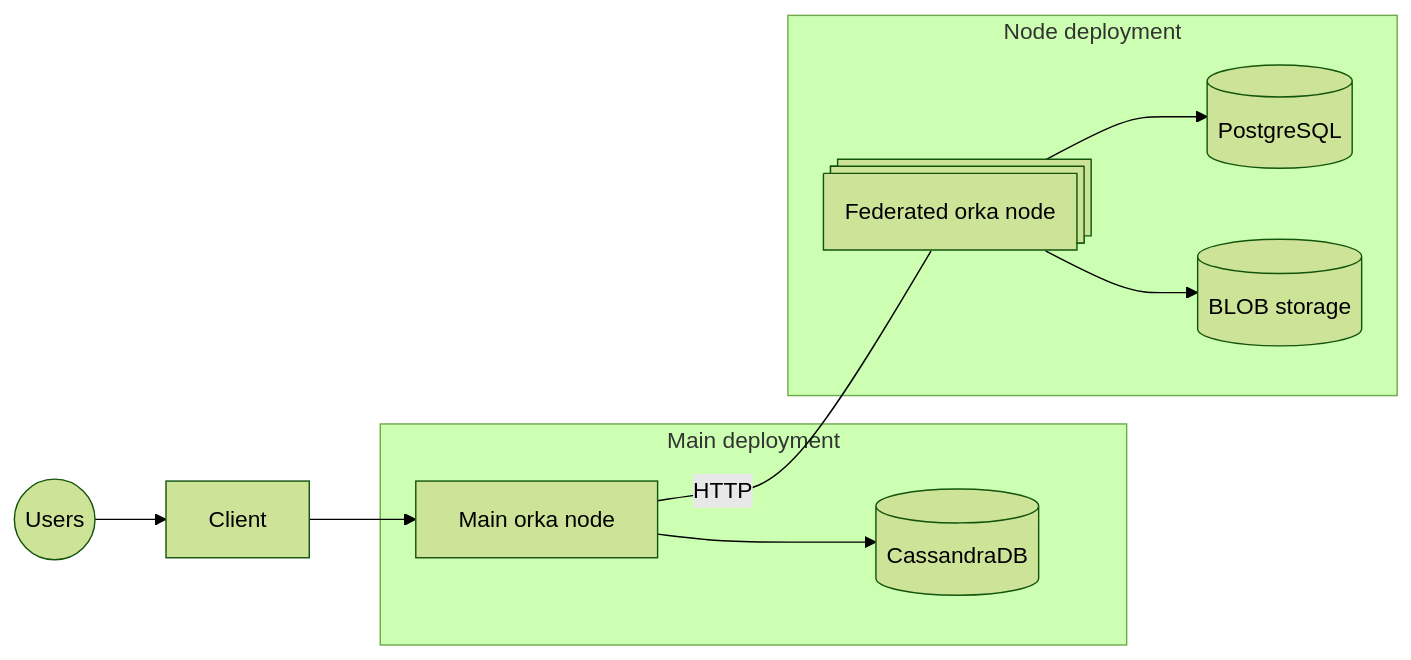
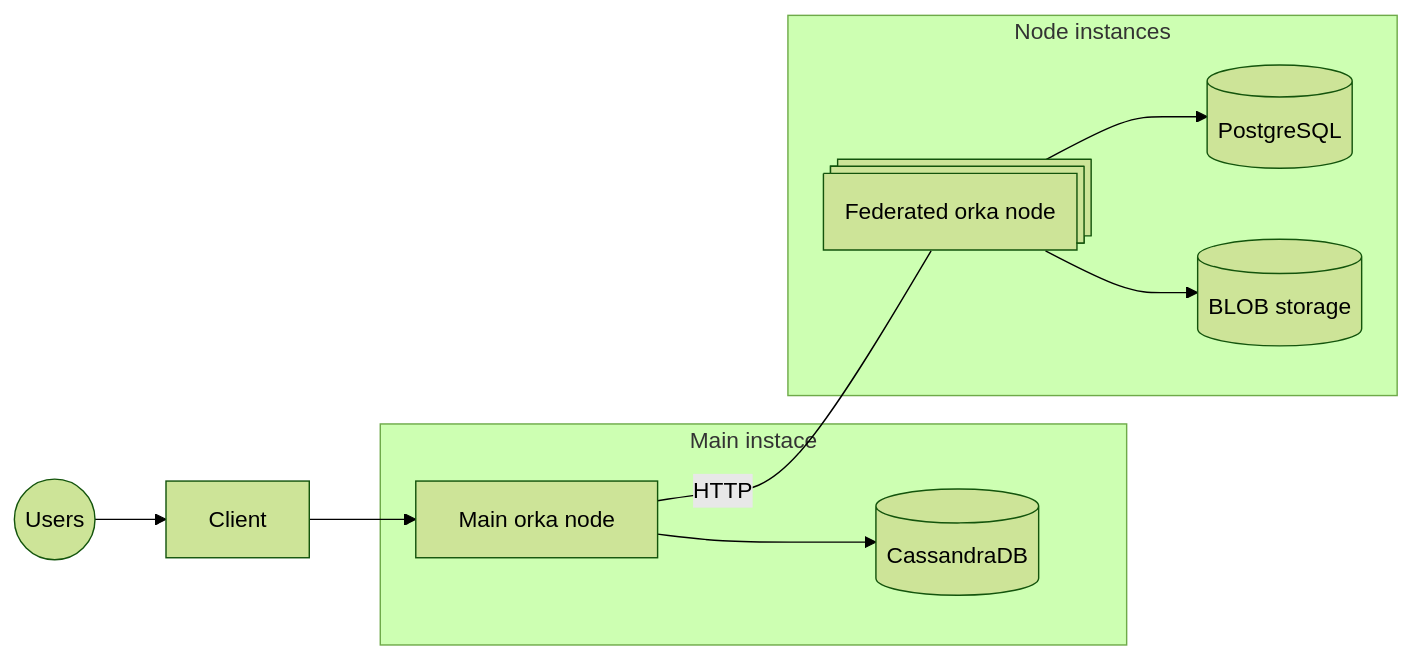
One commit to lucas-mv/orka changed the diagram in README.md. Above: the diagram before and after it, drawn with Mermaid (forest theme). The commit also changed other lines of this file, not shown here.

````diff
--- a/README.md
+++ b/README.md
@@ -7,19 +7,19 @@
 ```mermaid
 flowchart LR
     user@{ shape: circle, label: "Users" }
     client[Client]
-    subgraph Main deployment
+    subgraph Main instace
     main[Main orka node]
     main_db[(CassandraDB)]
     end
-    subgraph Node deployment
+    subgraph Node instances
     db[(PostgreSQL)]
     blob[(BLOB storage)]
     node@{ shape: procs, label: "Federated orka node"}
     end
     node --> db
     node --> blob
     main ---|HTTP| node
     user --> client --> main
     main --> main_db
 ```
````
